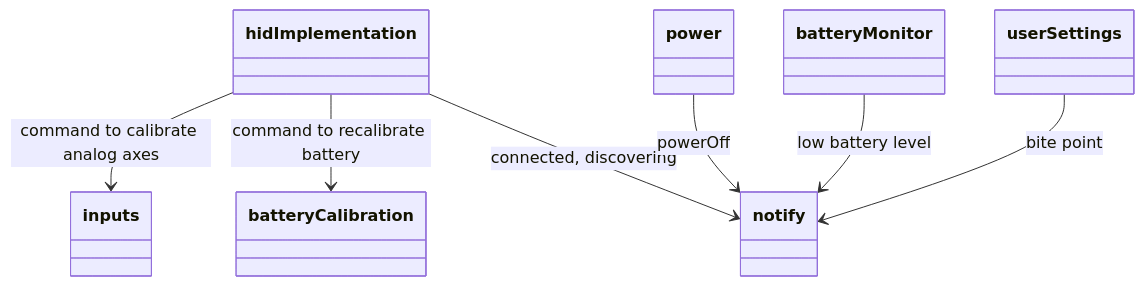
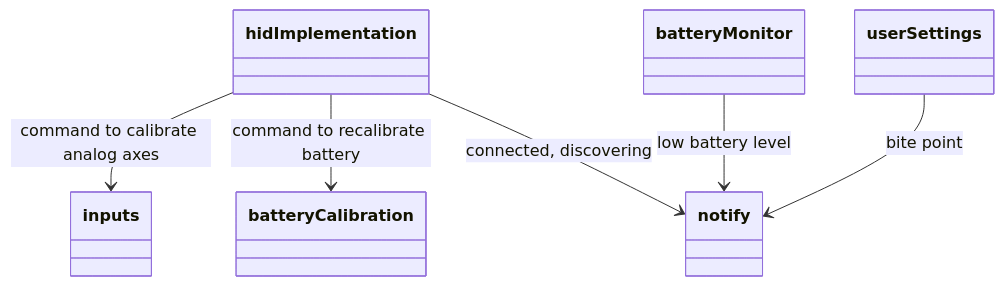
The third of 4 diagrams in doc/firmware/FirmwareArchitecture_en.md (afpineda/OpenSourceSimWheelESP32), drawn with Mermaid before and after one commit. The commit also changed other lines of this file and 21 other files, not shown here.

````diff
--- a/doc/firmware/FirmwareArchitecture_en.md
+++ b/doc/firmware/FirmwareArchitecture_en.md
@@ -135,9 +135,8 @@
 ```mermaid
 classDiagram
     hidImplementation --> inputs: command to calibrate analog axes
     hidImplementation --> batteryCalibration: command to recalibrate battery
     hidImplementation --> notify: connected, discovering
-    power --> notify: powerOff
     batteryMonitor --> notify: low battery level
     userSettings --> notify: bite point
 ```
````
